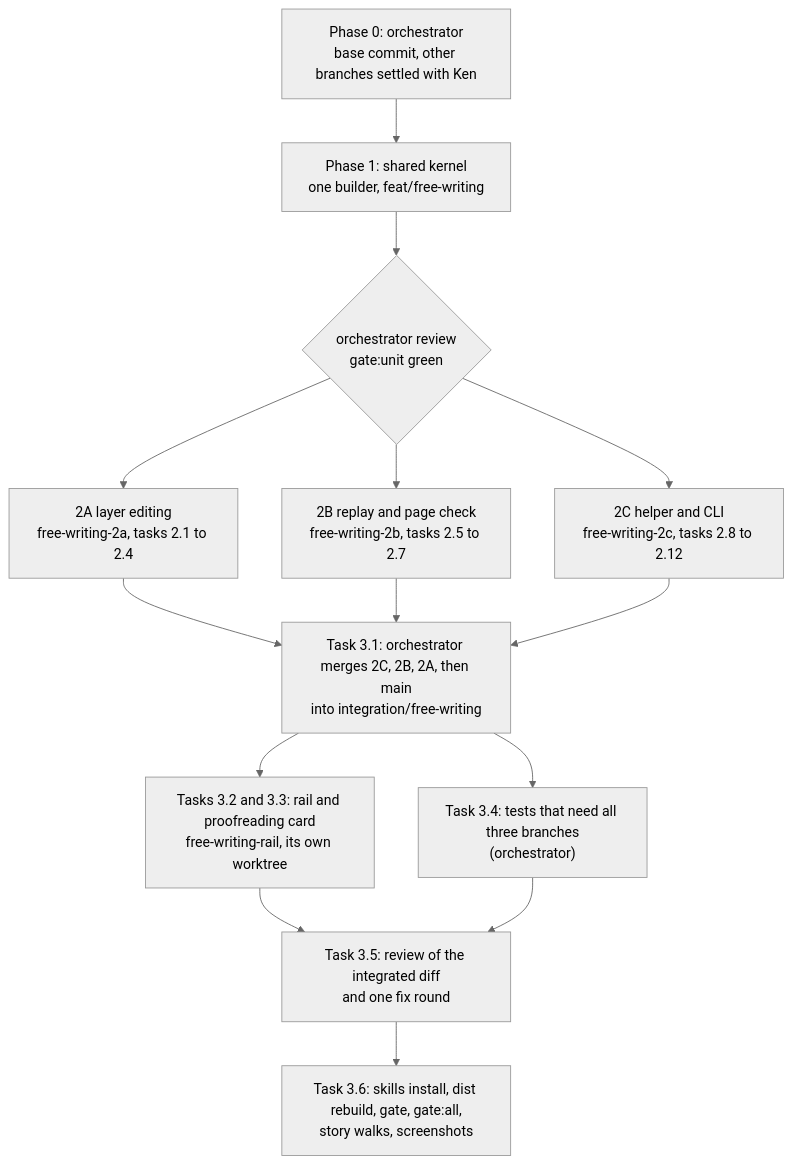
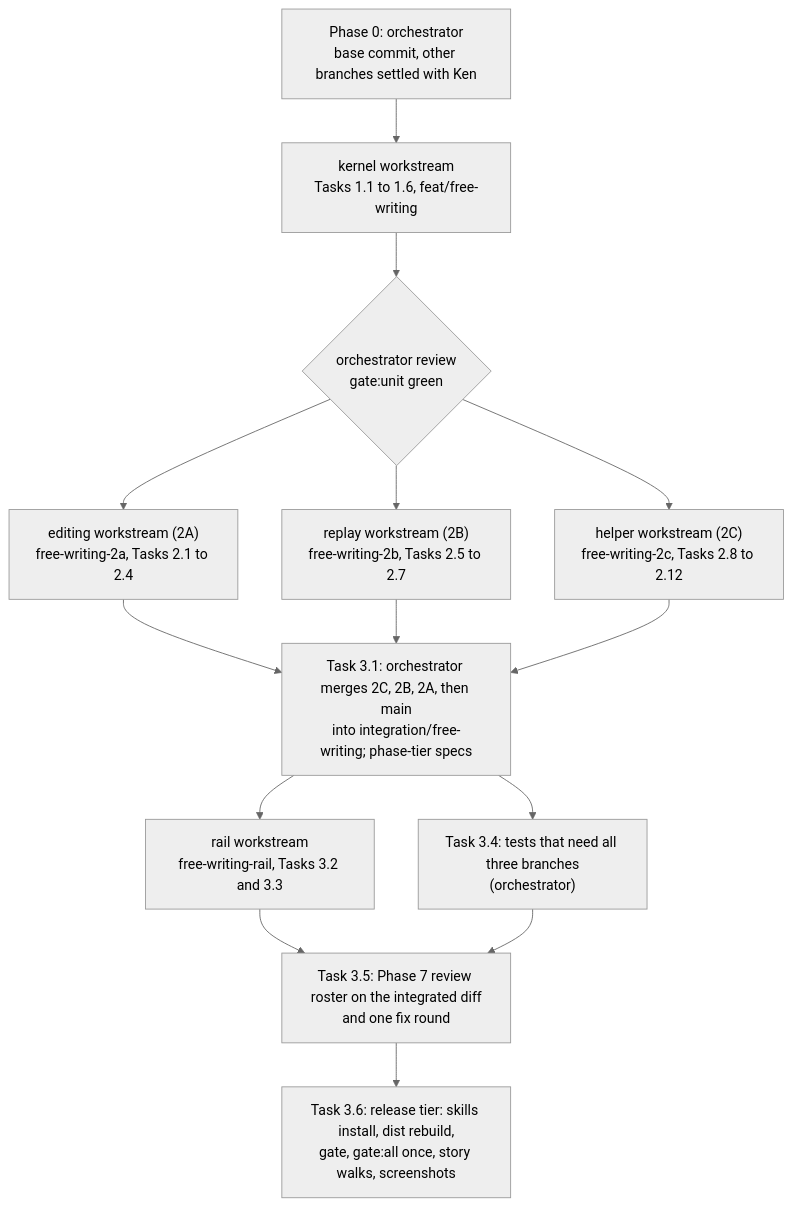
Before and after one commit to kenxle/live-agentic-html-editor: the diagram in docs/features/20260928.01_free_writing/03_plan_free_writing.md, drawn with Mermaid (neutral theme). The commit also changed other lines of this file and 1 other file, not shown here.

Commit message:
Free writing plan: workstreams and test tiers per the updated forge rules

````diff
--- a/docs/features/20260928.01_free_writing/03_plan_free_writing.md
+++ b/docs/features/20260928.01_free_writing/03_plan_free_writing.md
@@ -11,16 +11,16 @@
 ```mermaid
 flowchart TD
-  P0["Phase 0: orchestrator<br/>base commit, other branches settled with Ken"] --> P1["Phase 1: shared kernel<br/>one builder, feat/free-writing"]
+  P0["Phase 0: orchestrator<br/>base commit, other branches settled with Ken"] --> P1["kernel workstream<br/>Tasks 1.1 to 1.6, feat/free-writing"]
   P1 --> R1{"orchestrator review<br/>gate:unit green"}
-  R1 --> A["2A layer editing<br/>free-writing-2a, tasks 2.1 to 2.4"]
-  R1 --> B["2B replay and page check<br/>free-writing-2b, tasks 2.5 to 2.7"]
-  R1 --> C["2C helper and CLI<br/>free-writing-2c, tasks 2.8 to 2.12"]
-  A --> M["Task 3.1: orchestrator merges 2C, 2B, 2A, then main<br/>into integration/free-writing"]
+  R1 --> A["editing workstream (2A)<br/>free-writing-2a, Tasks 2.1 to 2.4"]
+  R1 --> B["replay workstream (2B)<br/>free-writing-2b, Tasks 2.5 to 2.7"]
+  R1 --> C["helper workstream (2C)<br/>free-writing-2c, Tasks 2.8 to 2.12"]
+  A --> M["Task 3.1: orchestrator merges 2C, 2B, 2A, then main<br/>into integration/free-writing; phase-tier specs"]
   B --> M
   C --> M
-  M --> R3["Tasks 3.2 and 3.3: rail and proofreading card<br/>free-writing-rail, its own worktree"]
+  M --> R3["rail workstream<br/>free-writing-rail, Tasks 3.2 and 3.3"]
   M --> X["Task 3.4: tests that need all three branches<br/>(orchestrator)"]
-  R3 --> RV["Task 3.5: review of the integrated diff<br/>and one fix round"]
+  R3 --> RV["Task 3.5: Phase 7 review roster on the integrated diff<br/>and one fix round"]
   X --> RV
-  RV --> G["Task 3.6: skills install, dist rebuild, gate, gate:all,<br/>story walks, screenshots"]
+  RV --> G["Task 3.6: release tier: skills install, dist rebuild,<br/>gate, gate:all once, story walks, screenshots"]
 ```
````
